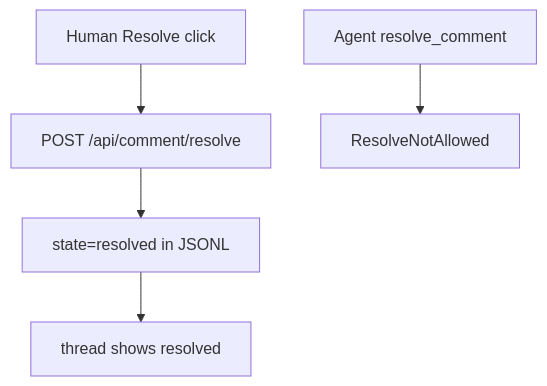
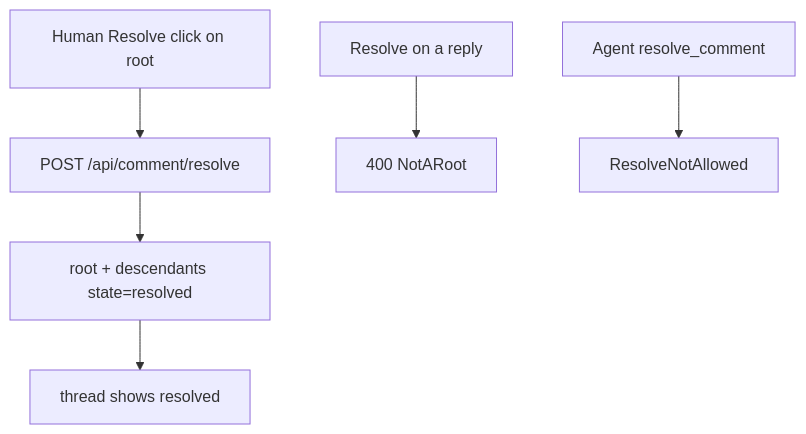
Before and after one commit to vincentc-b/CascadeCode: the diagram in docs/features/1_backlog/feat_018_human_resolve_and_audit.md, drawn with Mermaid. The commit also changed other lines of this file, not shown here.

Commit message:
docs: feat_018 Human resolve and audit

````diff
--- a/docs/features/1_backlog/feat_018_human_resolve_and_audit.md
+++ b/docs/features/1_backlog/feat_018_human_resolve_and_audit.md
@@ -80,7 +86,8 @@
 ```mermaid
 flowchart TD
-  H[Human Resolve click] --> API[POST /api/comment/resolve]
-  API --> STORE[state=resolved in JSONL]
+  H[Human Resolve click on root] --> API[POST /api/comment/resolve]
+  API --> STORE[root + descendants state=resolved]
   STORE --> UI[thread shows resolved]
+  REPLY[Resolve on a reply] --> BAD[400 NotARoot]
   AGENT[Agent resolve_comment] --> DENY[ResolveNotAllowed]
 ```
````
